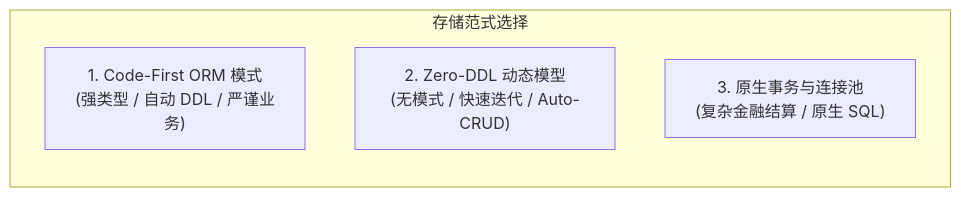
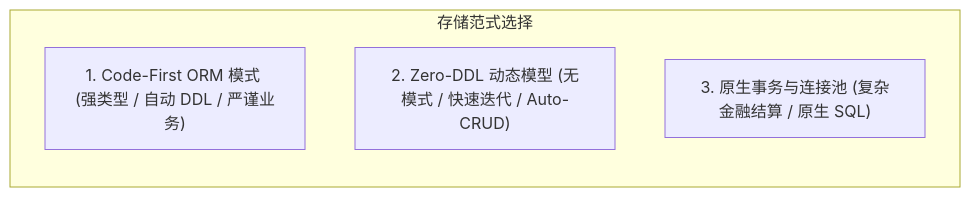
The third of 3 diagrams in docs/src/content/docs/zh/guides/system-development.md (FoundKit/foundry), drawn with Mermaid before and after one commit. The commit also changed other lines of this file and 22 other files, not shown here.

````diff
--- a/docs/src/content/docs/zh/guides/system-development.md
+++ b/docs/src/content/docs/zh/guides/system-development.md
@@ -376,8 +349,9 @@
 ```mermaid
-graph LR
-    subgraph 存储范式选择
-        Mode1["1. Code-First ORM 模式<br/>(强类型 / 自动 DDL / 严谨业务)"]
-        Mode2["2. Zero-DDL 动态模型<br/>(无模式 / 快速迭代 / Auto-CRUD)"]
-        Mode3["3. 原生事务与连接池<br/>(复杂金融结算 / 原生 SQL)"]
+flowchart LR
+    subgraph StorageModes ["存储范式选择"]
+        direction TB
+        Mode1["1. Code-First ORM 模式 (强类型 / 自动 DDL / 严谨业务)"]
+        Mode2["2. Zero-DDL 动态模型 (无模式 / 快速迭代 / Auto-CRUD)"]
+        Mode3["3. 原生事务与连接池 (复杂金融结算 / 原生 SQL)"]
     end
 ```
````
